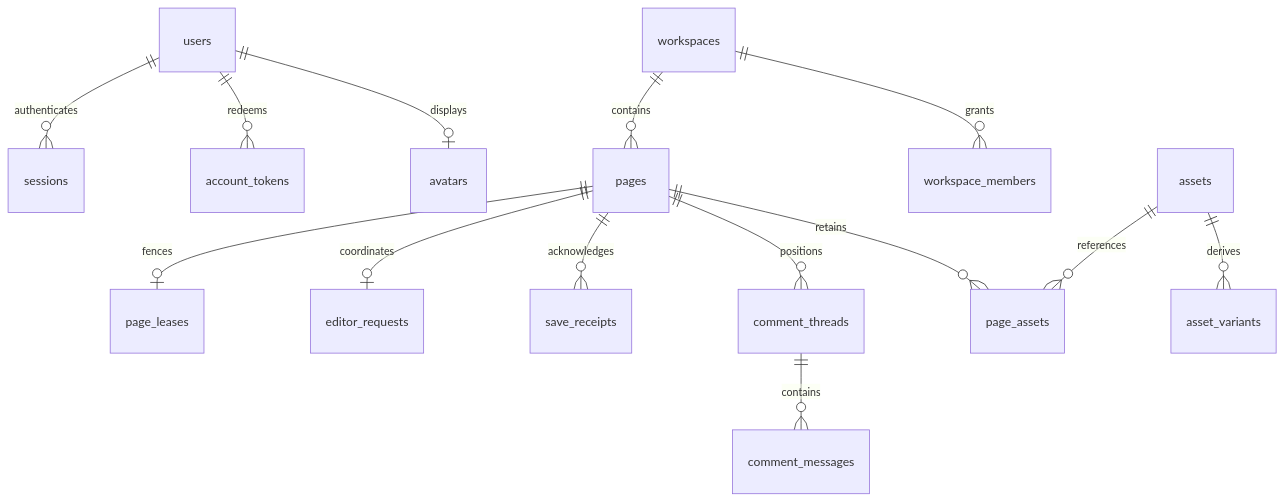
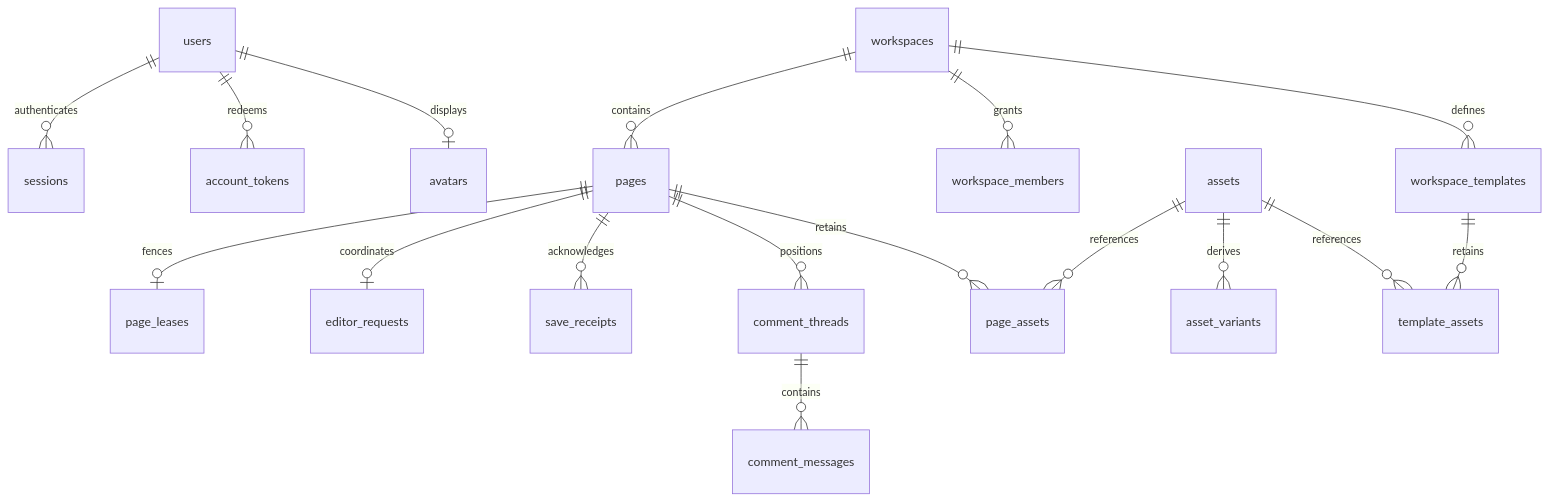
One commit to Neokil/mindflow changed the diagram in docs/developer-docs/data-model.md. Above: the diagram before and after it, drawn with Mermaid. The commit also changed other lines of this file and 5 other files, not shown here.

Commit message:
docs: describe workspace templates and locked groups

````diff
--- a/docs/developer-docs/data-model.md
+++ b/docs/developer-docs/data-model.md
@@ -23,16 +24,19 @@
 ```mermaid
 erDiagram
     users ||--o{ sessions : authenticates
     users ||--o{ account_tokens : redeems
     users ||--o| avatars : displays
     workspaces ||--o{ pages : contains
     workspaces ||--o{ workspace_members : grants
     pages ||--o| page_leases : fences
     pages ||--o| editor_requests : coordinates
     pages ||--o{ save_receipts : acknowledges
     pages ||--o{ comment_threads : positions
     comment_threads ||--o{ comment_messages : contains
     pages ||--o{ page_assets : retains
     assets ||--o{ page_assets : references
     assets ||--o{ asset_variants : derives
+    workspaces ||--o{ workspace_templates : defines
+    workspace_templates ||--o{ template_assets : retains
+    assets ||--o{ template_assets : references
 ```
````
